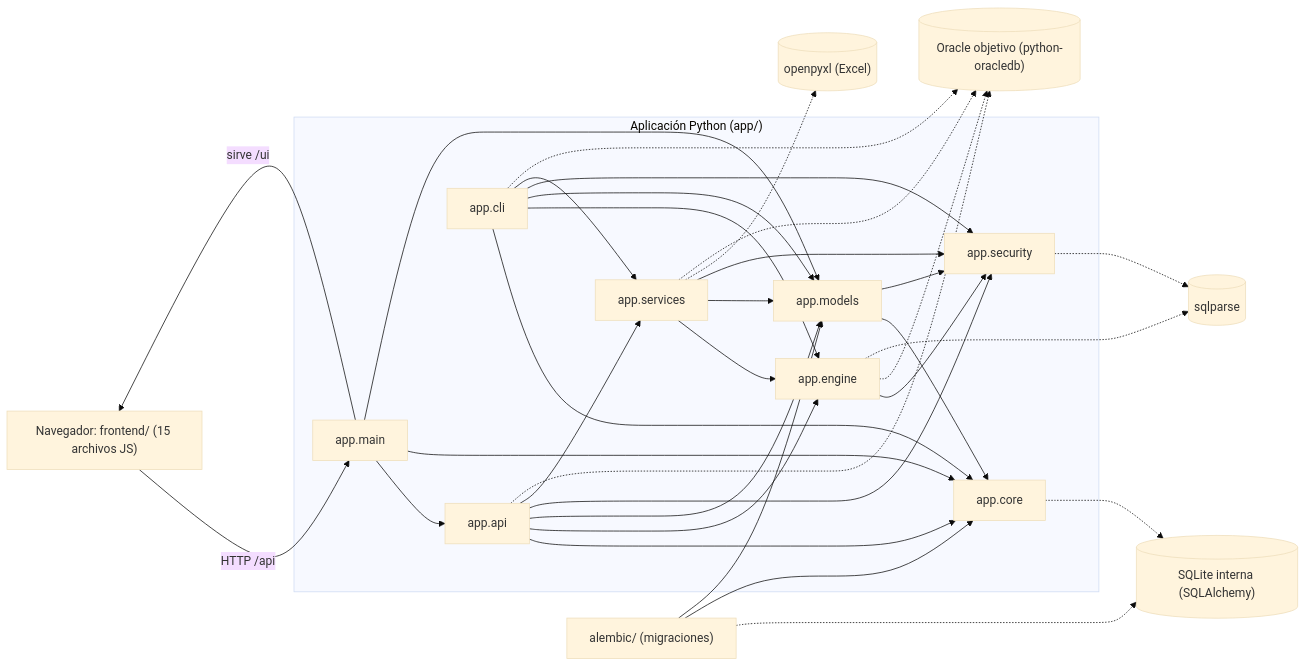
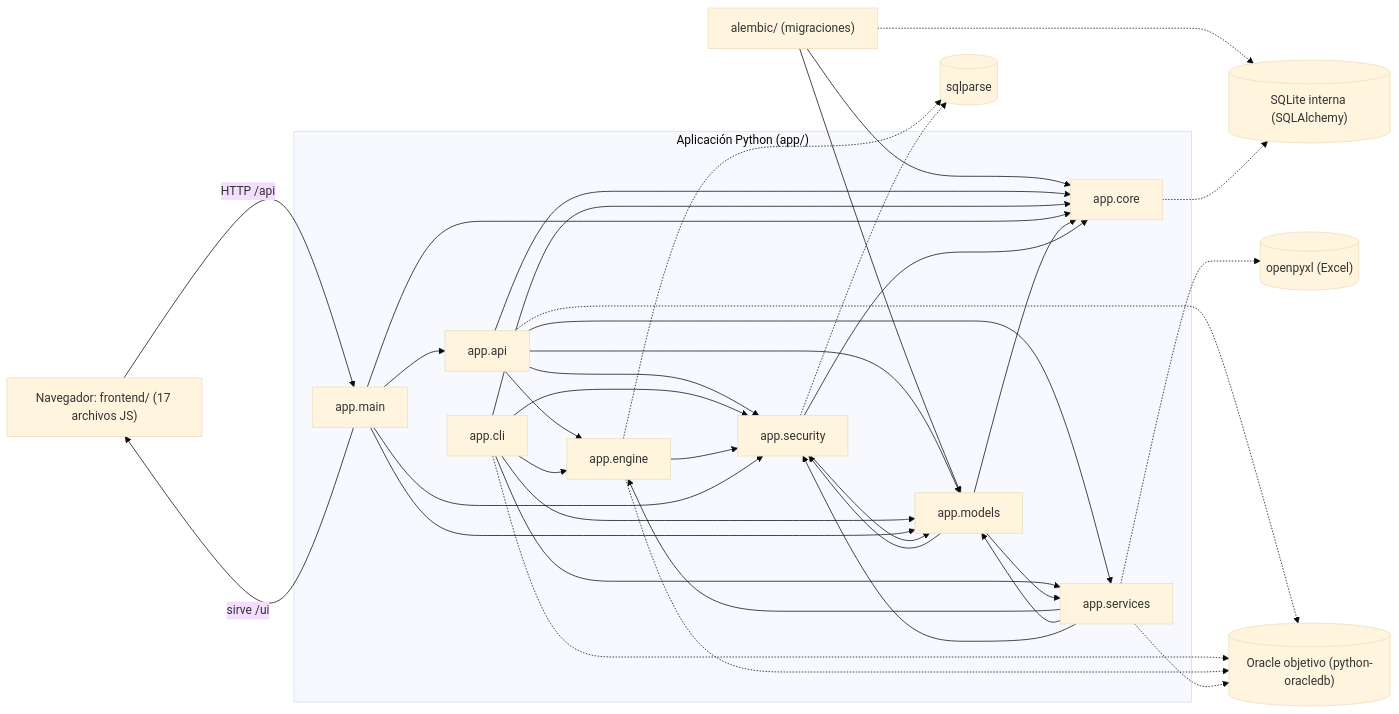
Before and after one commit to Ssjkvinf/si783-grupo4-docs: the diagram in framework-pruebas-sql/docs/diagramas/componentes.mermaid, drawn with Mermaid (base theme). The commit also changed 98 other files, not shown here.

```diff
--- a/framework-pruebas-sql/docs/diagramas/componentes.mermaid
+++ b/framework-pruebas-sql/docs/diagramas/componentes.mermaid
@@ -1,51 +1,55 @@
 %% GENERADO por scripts/docs/gen_docs.py. No editar a mano.
 %% Dependencias entre paquetes, leídas de los import de app/ y alembic/env.py (se omiten FastAPI y, salvo en app.core y alembic, SQLAlchemy por legibilidad).
 flowchart LR
-    nav["Navegador: frontend/ (15 archivos JS)"]
+    nav["Navegador: frontend/ (17 archivos JS)"]
     subgraph APP["Aplicación Python (app/)"]
         app_api["app.api"]
         app_cli["app.cli"]
         app_core["app.core"]
         app_engine["app.engine"]
         app_main["app.main"]
         app_models["app.models"]
         app_security["app.security"]
         app_services["app.services"]
     end
     alembic["alembic/ (migraciones)"]
     ext_openpyxl[("openpyxl (Excel)")]
     ext_oracle[("Oracle objetivo (python-oracledb)")]
     ext_sqlite[("SQLite interna (SQLAlchemy)")]
     ext_sqlparse[("sqlparse")]
     nav -->|"HTTP /api"| app_main
     app_main -->|"sirve /ui"| nav
     alembic --> app_core
     alembic --> app_models
     app_api --> app_core
     app_api --> app_engine
     app_api --> app_models
     app_api --> app_security
     app_api --> app_services
     app_cli --> app_core
     app_cli --> app_engine
     app_cli --> app_models
     app_cli --> app_security
     app_cli --> app_services
     app_engine --> app_security
     app_main --> app_api
     app_main --> app_core
     app_main --> app_models
+    app_main --> app_security
     app_models --> app_core
     app_models --> app_security
+    app_models --> app_services
+    app_security --> app_core
+    app_security --> app_models
     app_services --> app_engine
     app_services --> app_models
     app_services --> app_security
     alembic -.-> ext_sqlite
     app_api -.-> ext_oracle
     app_cli -.-> ext_oracle
     app_core -.-> ext_sqlite
     app_engine -.-> ext_oracle
     app_engine -.-> ext_sqlparse
     app_security -.-> ext_sqlparse
     app_services -.-> ext_openpyxl
     app_services -.-> ext_oracle
```
